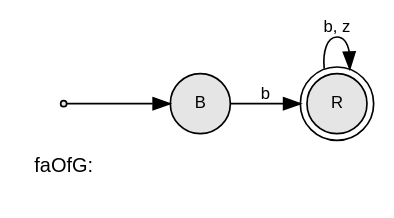
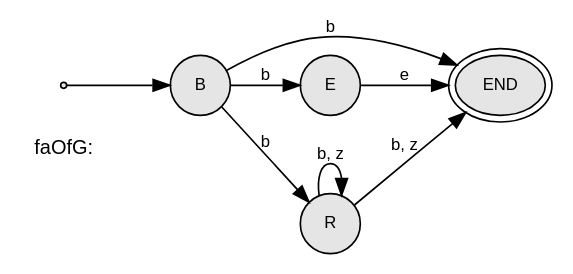
The diagram in UE03/src/faOfG.gv (seventinnine/FCW1), drawn with Graphviz before and after one commit. The commit also changed 12 other files, not shown here.

```diff
--- a/UE03/src/faOfG.gv
+++ b/UE03/src/faOfG.gv
@@ -1,15 +1,19 @@
 digraph finite_state_machine {
 
   rankdir = LR;
 
   node [fontname = Arial fontsize = 10 style = filled fillcolor = gray90]
   "faOfG:" [shape = none style = "" fontsize = 12];
   node [shape = point]; START; // shape for START node
-  node [shape = circle peripheries = 2] "R"; // shape for final nodes
+  node [shape = ellipse peripheries = 2] "END"; // shape for final nodes
   node [shape = circle peripheries = 1];  // shape for non-final nodes
   START -> "B";
 
+  "B" -> "E" [label = "b" fontname = Arial fontsize = 10]; 
+  "B" -> "END" [label = "b" fontname = Arial fontsize = 10]; 
   "B" -> "R" [label = "b" fontname = Arial fontsize = 10]; 
+  "E" -> "END" [label = "e" fontname = Arial fontsize = 10]; 
+  "R" -> "END" [label = "b, z" fontname = Arial fontsize = 10]; 
   "R" -> "R" [label = "b, z" fontname = Arial fontsize = 10]; 
 
 }
```
